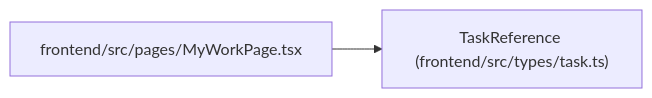
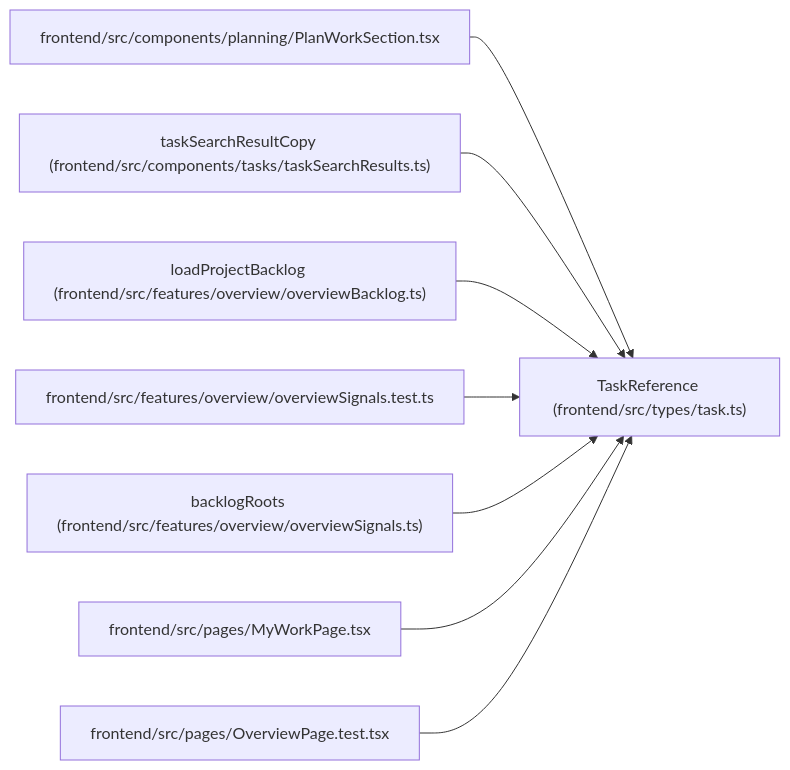
Before and after one commit to Denissvgn/WorkChord: the diagram in docs/llm_wiki/entities/types_task_TaskReference.md, drawn with Mermaid. The commit also changed other lines of this file and 2373 other files, not shown here.

````diff
--- a/docs/llm_wiki/entities/types_task_TaskReference.md
+++ b/docs/llm_wiki/entities/types_task_TaskReference.md
@@ -38,8 +38,26 @@
 ```mermaid
 flowchart LR
     n0["TaskReference (frontend/src/types/task.ts)"]
-    n1["frontend/src/pages/MyWorkPage.tsx"]
+    n1["frontend/src/components/planning/PlanWorkSection.tsx"]
+    n2["taskSearchResultCopy (frontend/src/components/tasks/taskSearchResults.ts)"]
+    n3["loadProjectBacklog (frontend/src/features/overview/overviewBacklog.ts)"]
+    n4["frontend/src/features/overview/overviewSignals.test.ts"]
+    n5["backlogRoots (frontend/src/features/overview/overviewSignals.ts)"]
+    n6["frontend/src/pages/MyWorkPage.tsx"]
+    n7["frontend/src/pages/OverviewPage.test.tsx"]
     n1 --> n0
+    n2 --> n0
+    n3 --> n0
+    n4 --> n0
+    n5 --> n0
+    n6 --> n0
+    n7 --> n0
     click n0 "../modules/types_task.md"
-    click n1 "../modules/MyWorkPage.md"
+    click n1 "../modules/PlanWorkSection.md"
+    click n2 "../modules/taskSearchResults.md"
+    click n3 "../modules/overviewBacklog.md"
+    click n4 "../modules/overviewSignals.test.md"
+    click n5 "../modules/overviewSignals.md"
+    click n6 "../modules/MyWorkPage.md"
+    click n7 "../modules/OverviewPage.test.md"
 ```
````
